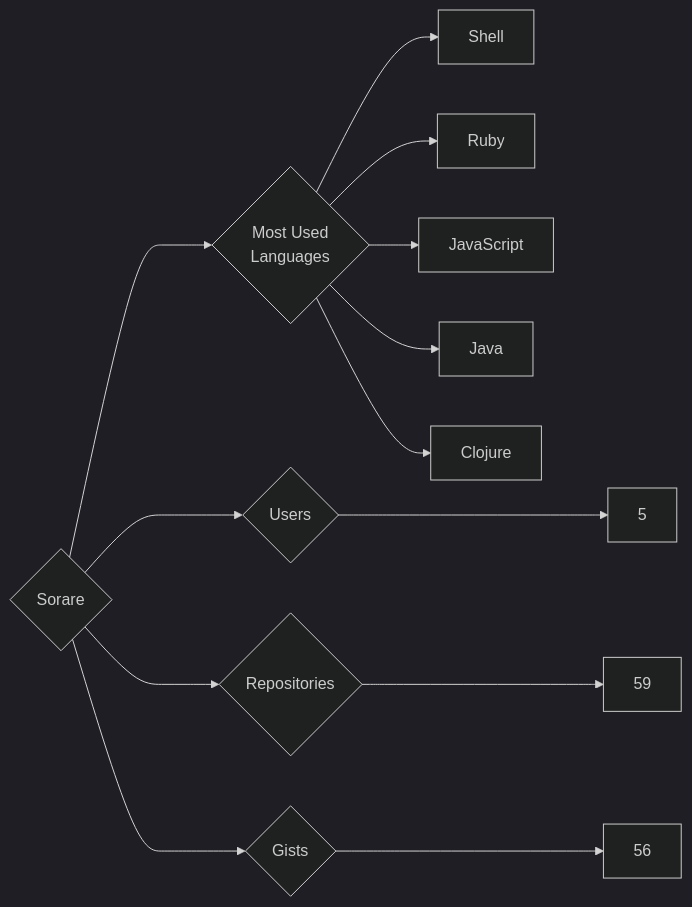
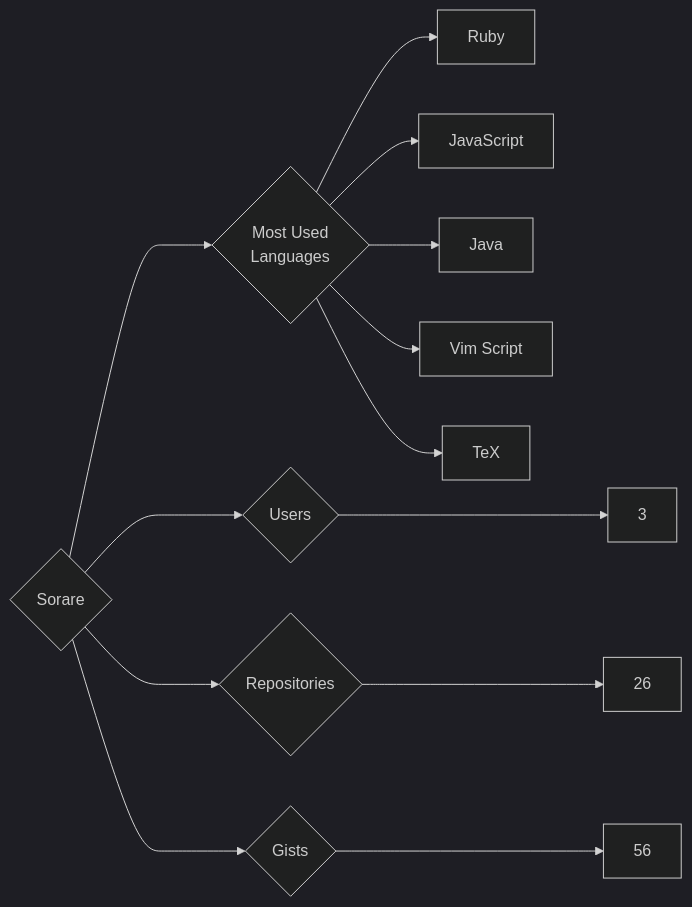
One commit to trickest/insiders changed the diagram in targets/Sorare/README.md. Above: the diagram before and after it, drawn with Mermaid (dark theme). The commit also changed 1248 other files, not shown here.

````diff
--- a/targets/Sorare/README.md
+++ b/targets/Sorare/README.md
@@ -3,13 +3,13 @@
 ```mermaid
 graph LR
 COMPANY_NAME{Sorare}
-COMPANY_NAME ---> U{Users} ---> UN[5]
-COMPANY_NAME ---> R{Repositories} ---> RN[59]
+COMPANY_NAME ---> U{Users} ---> UN[3]
+COMPANY_NAME ---> R{Repositories} ---> RN[26]
 COMPANY_NAME ---> G{Gists} ---> GN[56]
 COMPANY_NAME ---> ML{Most Used<br>Languages}
-ML --> Shell[Shell]
 ML --> Ruby[Ruby]
 ML --> JavaScript[JavaScript]
 ML --> Java[Java]
-ML --> Clojure[Clojure]
+ML --> Vim_Script[Vim Script]
+ML --> TeX[TeX]
 ```
````
